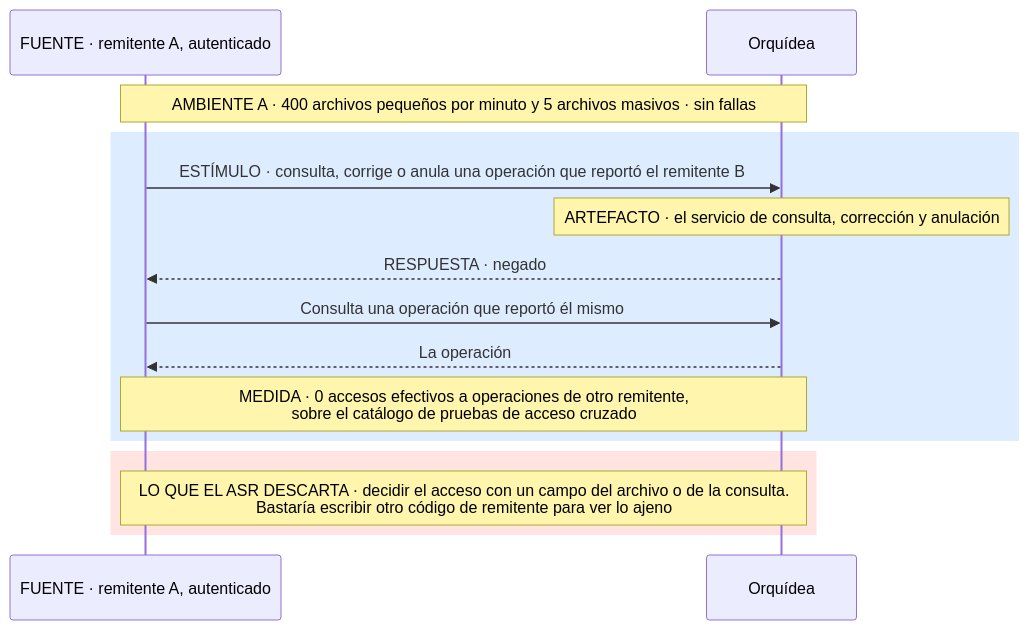
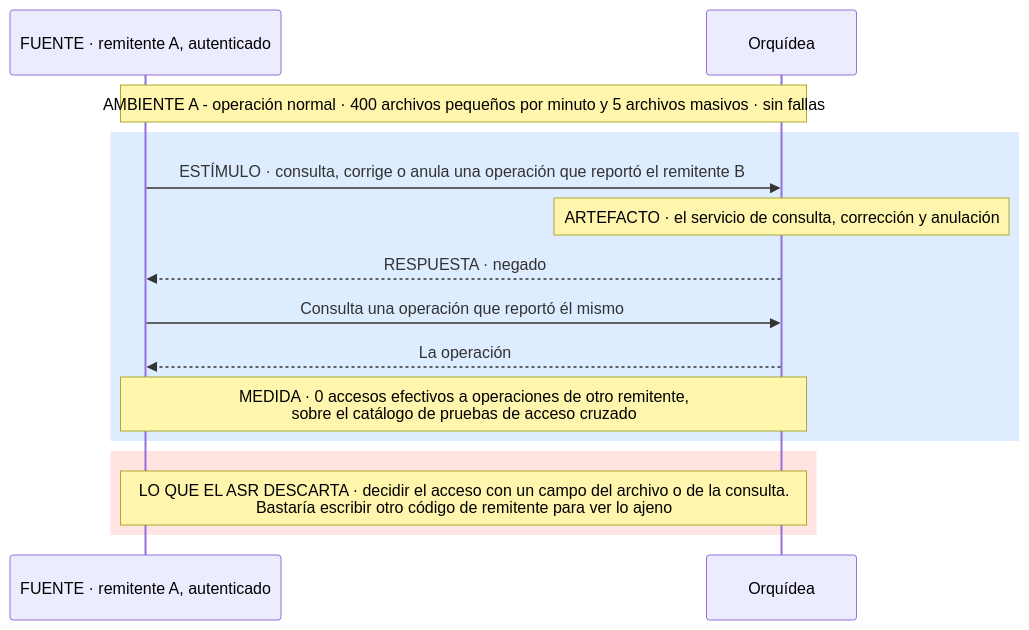
One commit to MATI-MBIT/arqsoft-reto-4 changed the tenth of 17 diagrams in docs/quality-attributes.md. Above: the diagram before and after it, drawn with Mermaid. The commit also changed other lines of this file and 6 other files, not shown here.

````diff
--- a/docs/quality-attributes.md
+++ b/docs/quality-attributes.md
@@ -503,17 +503,17 @@
 ```mermaid
 sequenceDiagram
     participant A as FUENTE · remitente A, autenticado
     participant O as Orquídea
-    Note over A,O: AMBIENTE A · 400 archivos pequeños por minuto y 5 archivos masivos · sin fallas
+    Note over A,O: AMBIENTE A - operación normal · 400 archivos pequeños por minuto y 5 archivos masivos · sin fallas
     rect rgb(222, 236, 255)
     A->>O: ESTÍMULO · consulta, corrige o anula una operación que reportó el remitente B
     Note over O: ARTEFACTO · el servicio de consulta, corrección y anulación
     O-->>A: RESPUESTA · negado
     A->>O: Consulta una operación que reportó él mismo
     O-->>A: La operación
     Note over A,O: MEDIDA · 0 accesos efectivos a operaciones de otro remitente,<br/>sobre el catálogo de pruebas de acceso cruzado
     end
     rect rgb(255, 228, 225)
     Note over A,O: LO QUE EL ASR DESCARTA · decidir el acceso con un campo del archivo o de la consulta.<br/>Bastaría escribir otro código de remitente para ver lo ajeno
     end
 ```
````
